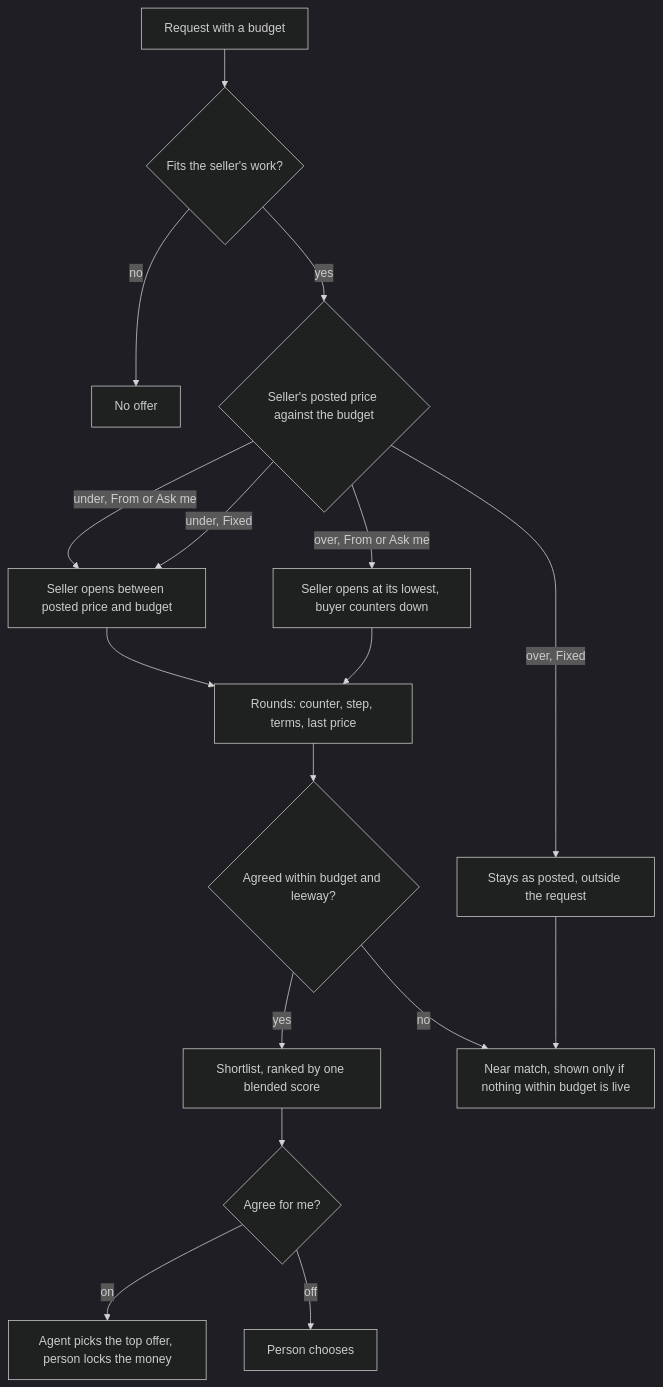
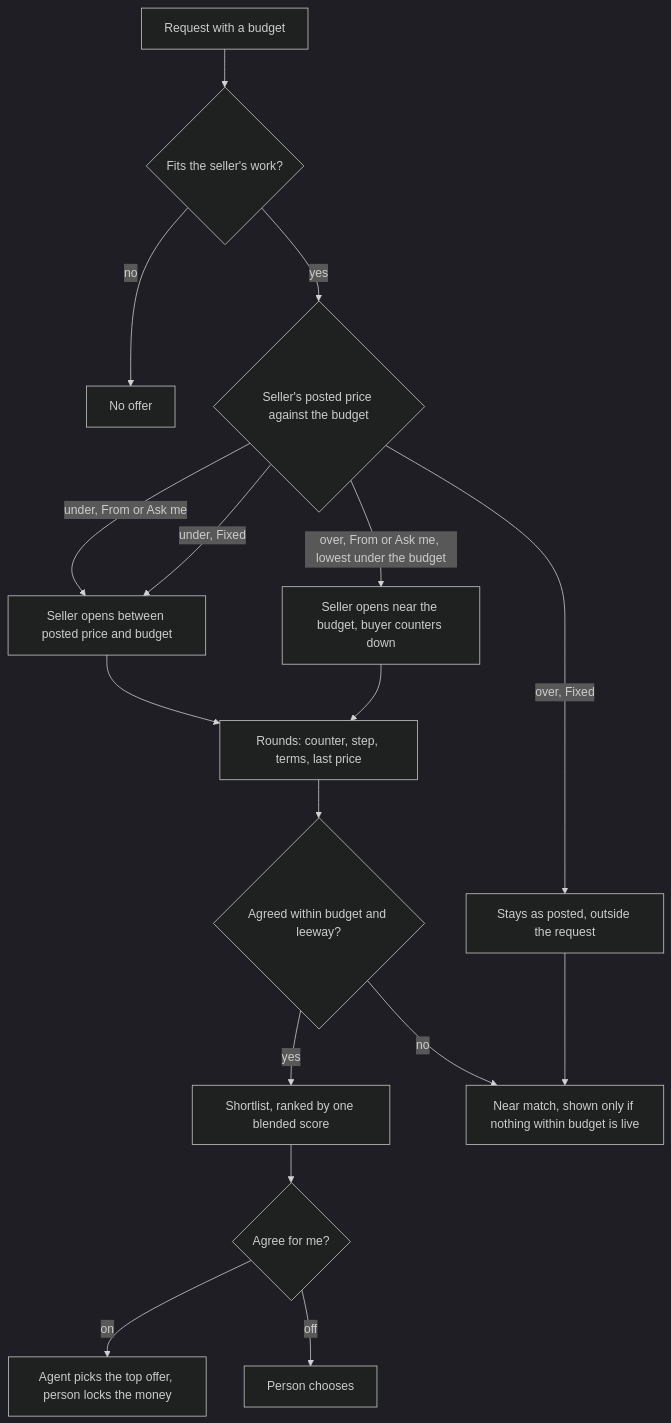
One commit to Iziedking/Karwan changed the first of 3 diagrams in docs/architecture/73-agents-that-bargain.md. Above: the diagram before and after it, drawn with Mermaid (dark theme). The commit also changed other lines of this file and 6 other files, not shown here.

Commit message:
fix(agent): a seller over the budget opens near it, not at their lowest

````diff
--- a/docs/architecture/73-agents-that-bargain.md
+++ b/docs/architecture/73-agents-that-bargain.md
@@ -51,19 +53,19 @@
 ```mermaid
 flowchart TD
   R[Request with a budget] --> F{Fits the seller's work?}
   F -->|no| X[No offer]
   F -->|yes| P{Seller's posted price against the budget}
   P -->|under, From or Ask me| O1[Seller opens between posted price and budget]
   P -->|under, Fixed| O1
-  P -->|over, From or Ask me| O2[Seller opens at its lowest, buyer counters down]
+  P -->|over, From or Ask me, lowest under the budget| O2[Seller opens near the budget, buyer counters down]
   P -->|over, Fixed| O3[Stays as posted, outside the request]
   O1 --> N[Rounds: counter, step, terms, last price]
   O2 --> N
   N --> C{Agreed within budget and leeway?}
   C -->|yes| L[Shortlist, ranked by one blended score]
   C -->|no| M[Near match, shown only if nothing within budget is live]
   O3 --> M
   L --> K{Agree for me?}
   K -->|on| A[Agent picks the top offer, person locks the money]
   K -->|off| Q[Person chooses]
 ```
````
